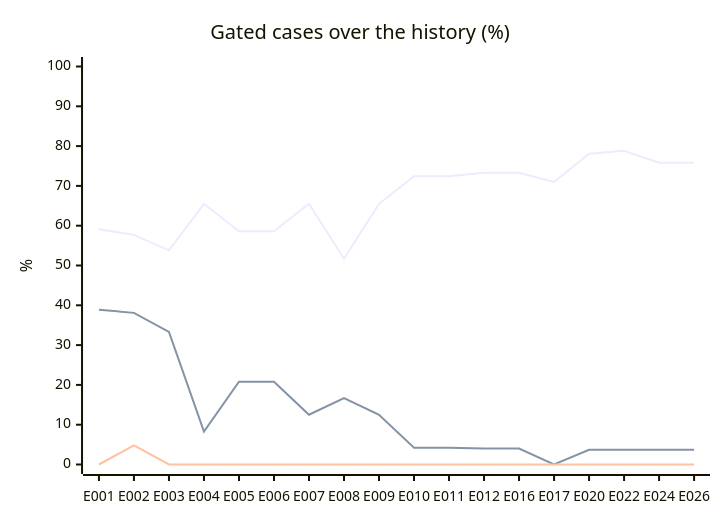
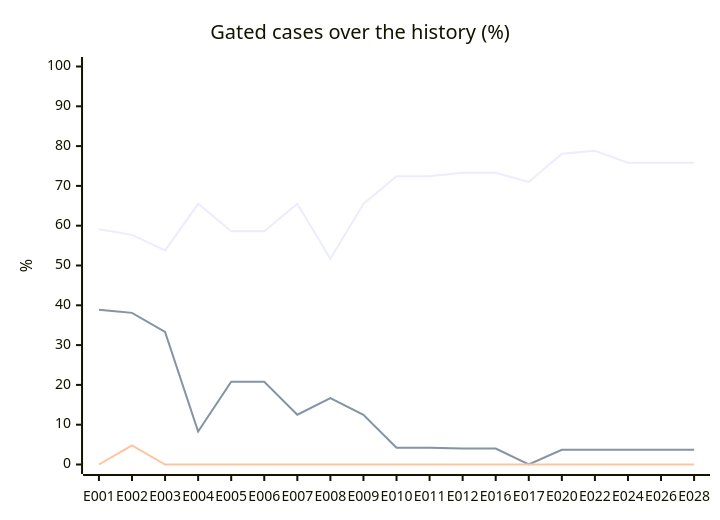
Before and after one commit to acarbonellb/anti-fraud-agent: the second of 2 diagrams in evals/report.md, drawn with Mermaid. The commit also changed other lines of this file and 7 other files, not shown here.

````diff
--- a/evals/report.md
+++ b/evals/report.md
@@ -147,9 +149,9 @@
 ```mermaid
 xychart-beta
   title "Gated cases over the history (%)"
-  x-axis [E001, E002, E003, E004, E005, E006, E007, E008, E009, E010, E011, E012, E016, E017, E020, E022, E024, E026]
+  x-axis [E001, E002, E003, E004, E005, E006, E007, E008, E009, E010, E011, E012, E016, E017, E020, E022, E024, E026, E028]
   y-axis "%" 0 --> 100
-  line [59.1, 57.7, 53.8, 65.5, 58.6, 58.6, 65.5, 51.7, 65.5, 72.4, 72.4, 73.3, 73.3, 71, 78.1, 78.8, 75.8, 75.8]
-  line [38.9, 38.1, 33.3, 8.3, 20.8, 20.8, 12.5, 16.7, 12.5, 4.2, 4.2, 4, 4, 0, 3.7, 3.7, 3.7, 3.7]
-  line [0, 4.8, 0, 0, 0, 0, 0, 0, 0, 0, 0, 0, 0, 0, 0, 0, 0, 0]
+  line [59.1, 57.7, 53.8, 65.5, 58.6, 58.6, 65.5, 51.7, 65.5, 72.4, 72.4, 73.3, 73.3, 71, 78.1, 78.8, 75.8, 75.8, 75.8]
+  line [38.9, 38.1, 33.3, 8.3, 20.8, 20.8, 12.5, 16.7, 12.5, 4.2, 4.2, 4, 4, 0, 3.7, 3.7, 3.7, 3.7, 3.7]
+  line [0, 4.8, 0, 0, 0, 0, 0, 0, 0, 0, 0, 0, 0, 0, 0, 0, 0, 0, 0]
 ```
````
